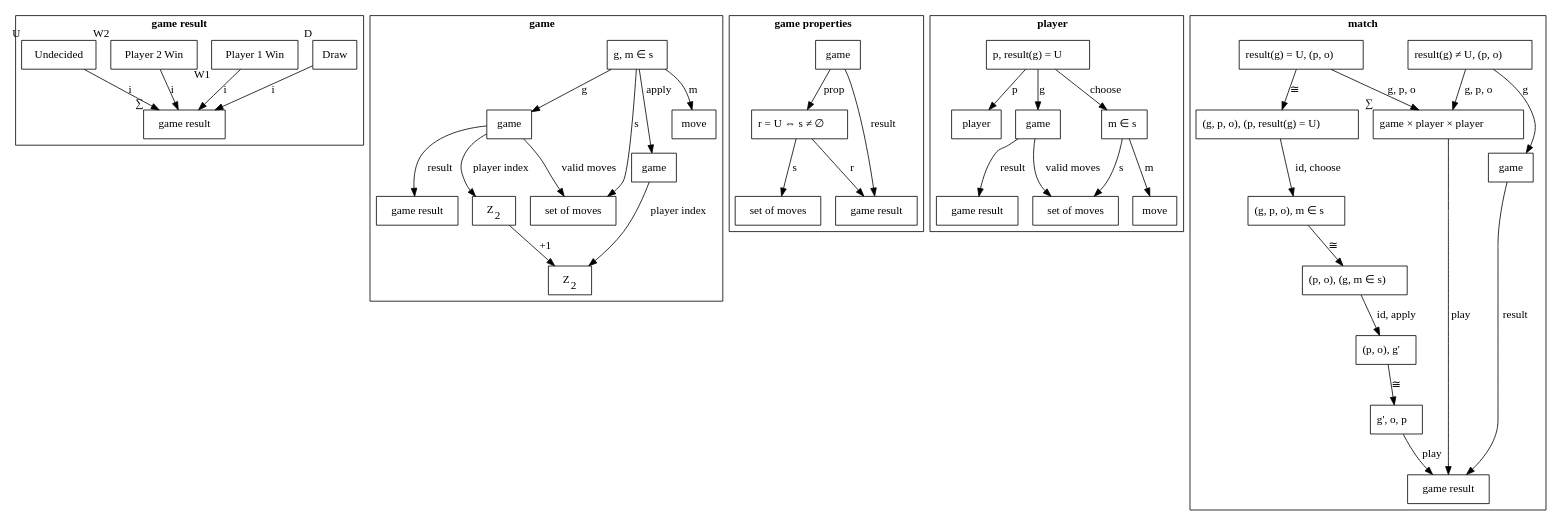
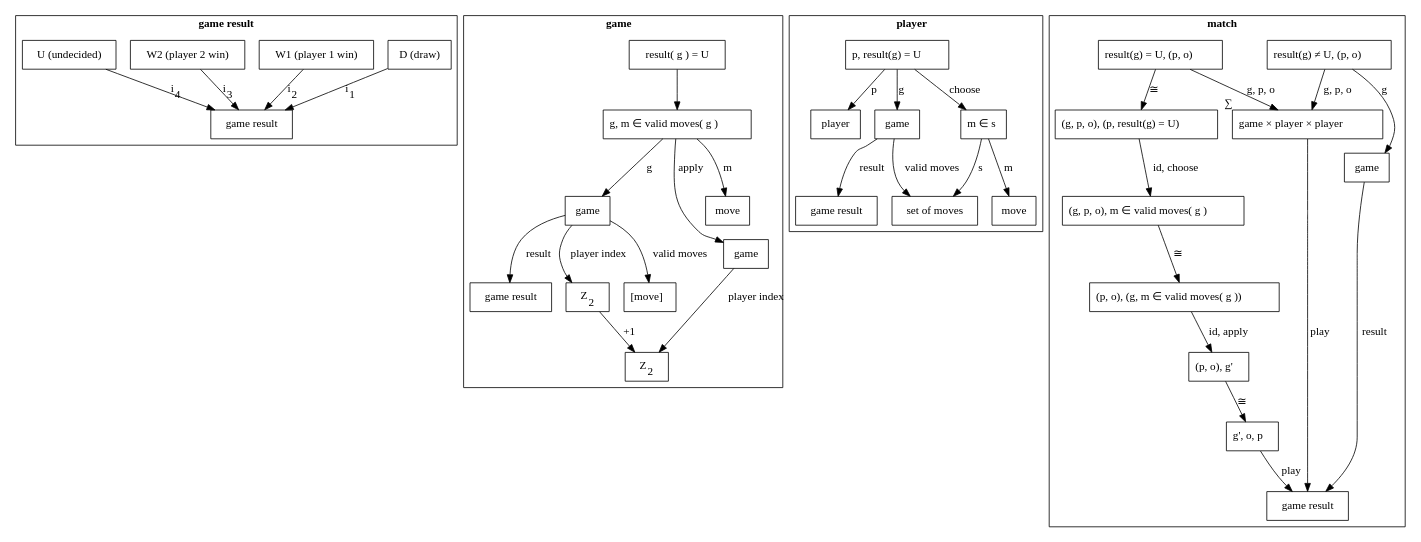
One commit to monadegmailcom/beat-it changed the diagram in ologs/game.gv. Above: the diagram before and after it, drawn with Graphviz. The commit also changed 3 other files, not shown here.

```diff
--- a/ologs/game.gv
+++ b/ologs/game.gv
@@ -1,93 +1,83 @@
 digraph game 
 { 
     node [shape = "box"]
     layout=dot
-        subgraph cluster_gr {
+        subgraph cluster_gameresult {
         label=<<b>game result</b>>
-        gr2 [label="game result", xlabel=<&#x2211;>]
-        d [label="Draw", xlabel=D]
-        w1 [label="Player 1 Win", xlabel=W1]
-        w1 -> gr2 [label=<i>]
-        w2 [label="Player 2 Win", xlabel=W2]
-        w2 -> gr2 [label=<i>]
-        d -> gr2 [label=<i>]
-        u [label="Undecided", xlabel=U]
-        u -> gr2 [label=<i>]
+        gr_gr [label="game result"]
+        gr_d [label="D (draw)"]
+        gr_d -> gr_gr [label=<i<sub>1</sub>>]
+        gr_w1 [label="W1 (player 1 win)"]
+        gr_w1 -> gr_gr [label=<i<sub>2</sub>>]
+        gr_w2 [label="W2 (player 2 win)"]
+        gr_w2 -> gr_gr [label=<i<sub>3</sub>>]
+        gr_u [label="U (undecided)"]
+        gr_u -> gr_gr [label=<i<sub>4</sub>>]
     }
 
     subgraph cluster_ga {
         label=<<b>game</b>>
         ga_gr [label="game result"]
         ga_g [label="game"]
         ga_g -> ga_gr [label="result"]
         ga_g -> ga_z [label="player index"]
         ga_g -> ga_sm [label="valid moves"]
         ga_z [label=<Z<sub>2</sub>>]
         ga_z -> ga_z2 [label="+1"]
         ga_z2 [label=<Z<sub>2</sub>>]
-        ga_sm [label="set of moves"]
-        ga_gms [label=<g, m &#x2208; s>]
+        ga_sm [label=<[move]>]
+        ga_gms [label=<g, m &#x2208; valid moves( g ) >]
         ga_gms -> ga_g [label="g"]
         ga_gms -> ga_g2 [label="apply"]
         ga_gms -> ga_m [label="m"]
-        ga_gms -> ga_sm [label="s"]
         ga_g2 [label="game"]
         ga_g2 -> ga_z2 [label="player index"]
         ga_m [label="move"]
+        ga_gr2 [label="result( g ) = U"]
+        ga_gr2 -> ga_gms
     }
-    subgraph cluster_game_properties {
-        label=<<b>game properties</b>>
-        gp_g [label="game"]
-        gp_g -> prop [label="prop"]
-        gp_g -> gp_gr [label="result"]
-        gp_gr [label="game result"]
-        prop [label=<r = U &#x21d4; s &#x2260; &#x2205;>]
-        prop -> gp_gr [label="r"]
-        prop -> gp_sm [label="s"]
-        gp_sm [label="set of moves"]
-    }
-
+    
     subgraph cluster_pl {
         label=<<b>player</b>>
         pl_p [label="player"]
         pl_pg [label=<p, result(g) = U>]
         pl_pg -> pl_g [label="g"]
         pl_pg -> pl_p [label="p"]
         pl_pg -> pl_ms [label="choose"]
         pl_gr [label="game result"]
         pl_g [label="game"]
         pl_g -> pl_sm [label="valid moves"]
         pl_g -> pl_gr [label="result"]
         pl_m [label="move"]
         pl_ms [label=<m &#x2208; s>]
         pl_sm [label="set of moves"]
         pl_ms -> pl_sm [label="s"]
         pl_ms -> pl_m [label="m"]
     }
     subgraph cluster_match {
         label=<<b>match</b>>
         ma_dp12 [label=<result(g) &#x2260; U, (p, o)>]
         ma_dp12 -> ma_gpp [label="g, p, o"]
         ma_dp12 -> ma_g [label="g"]
         ma_g [label="game"]
         ma_g -> ma_gr [label="result"]
         ma_gpp [label=<game &times; player &times; player>, xlabel=<&#x2211;>]
         ma_gpp -> ma_gr [label="play"]
         ma_up12 [label=<result(g) = U, (p, o)>]
         ma_up12 -> ma_step1 [label=<&#x2245;>]
         ma_up12 -> ma_gpp [label="g, p, o"]
         ma_step1 [label=<(g, p, o), (p, result(g) = U)>]
         ma_step1 -> ma_step2 [label="id, choose"]
-        ma_step2 [label=<(g, p, o), m &#x2208; s>]
+        ma_step2 [label=<(g, p, o), m &#x2208; valid moves( g )>]
         ma_step2 -> ma_step3 [label="&#x2245;"]
-        ma_step3 [label=<(p, o), (g, m &#x2208; s)>]
+        ma_step3 [label=<(p, o), (g, m &#x2208; valid moves( g ))>]
         ma_step3 -> ma_step4 [label="id, apply"]
         ma_step4 [label=<(p, o), g'>]
         ma_step4 -> ma_step5 [label=<&#x2245;>]
         ma_step5 [label=<g', o, p>]
         ma_step5 -> ma_gr [label="play"]
         ma_gr [label="game result"]
         //{rank=min;ma_gp12}
         {rank=same;ma_dp12; ma_up12}
     }
 }
```
